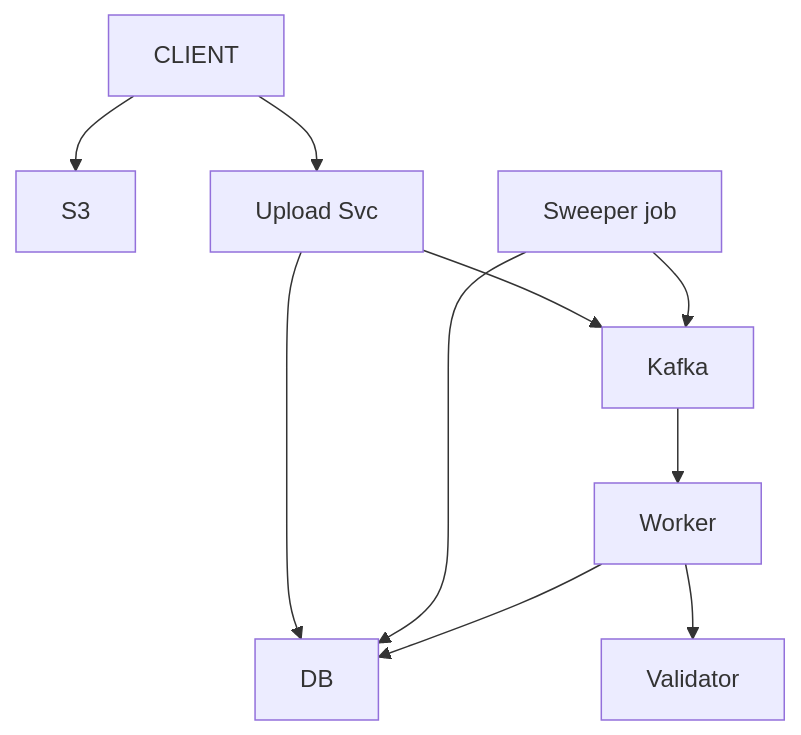
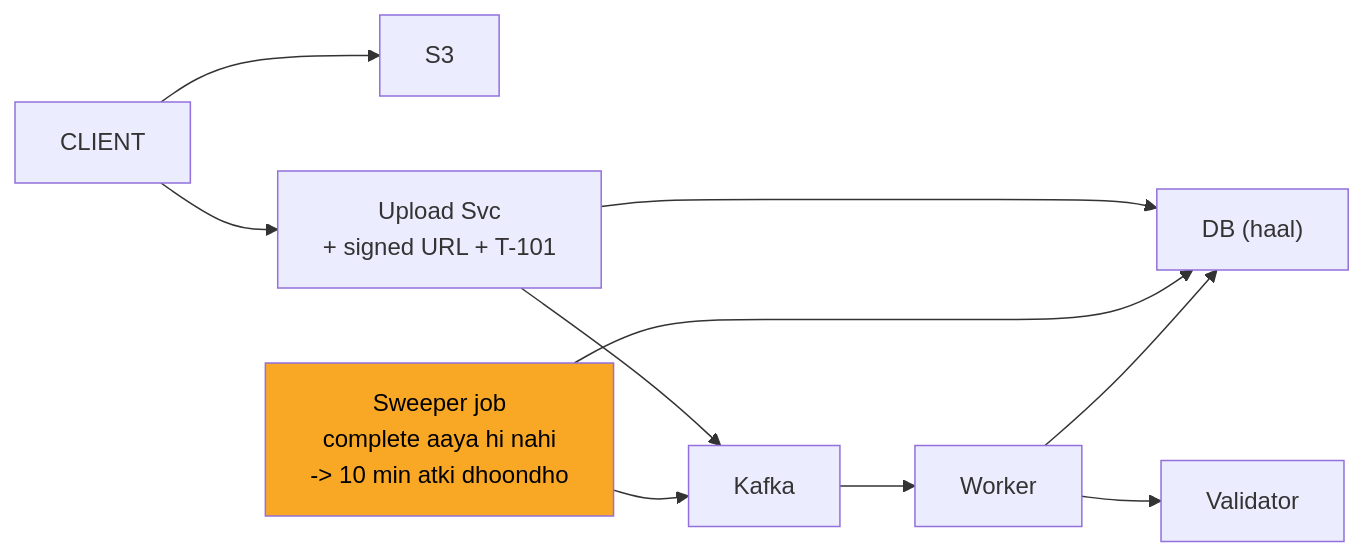
Before and after one commit to ArpanMaheshwari144/Prep: the fifth of 11 diagrams in 04_HLD/SYSTEM_DESIGNS/07_file_upload_validate_system/07_file_upload_INTERVIEW.md, drawn with Mermaid. The commit also changed other lines of this file and 2 other files, not shown here.

Commit message:
notification, payment, file upload: one-day story, short cards, follow-ups with rules, highlighted diagrams

````diff
--- a/04_HLD/SYSTEM_DESIGNS/07_file_upload_validate_system/07_file_upload_INTERVIEW.md
+++ b/04_HLD/SYSTEM_DESIGNS/07_file_upload_validate_system/07_file_upload_INTERVIEW.md
@@ -195,20 +198,21 @@
 ```mermaid
-flowchart TD
+flowchart LR
     n_CLIENT["CLIENT"]
     n_S3["S3"]
-    n_Upload_Svc["Upload Svc"]
-    n_DB["DB"]
-    n_Sweeper_job["Sweeper job"]
+    n_Upload_Svc["Upload Svc<br/>+ signed URL + T-101"]
+    n_DB["DB (haal)"]
+    n_Sweeper_job["Sweeper job<br/>complete aaya hi nahi<br/>-> 10 min atki dhoondho"]
     n_Kafka["Kafka"]
     n_Worker["Worker"]
     n_Validator["Validator"]
     n_CLIENT --> n_S3
     n_CLIENT --> n_Upload_Svc
     n_Upload_Svc --> n_DB
     n_Upload_Svc --> n_Kafka
     n_Sweeper_job --> n_DB
+    n_Sweeper_job --> n_Kafka
     n_Kafka --> n_Worker
     n_Worker --> n_Validator
     n_Worker --> n_DB
-    n_Sweeper_job --> n_Kafka
+    style n_Sweeper_job fill:#f9a825,color:#000
 ```
````
